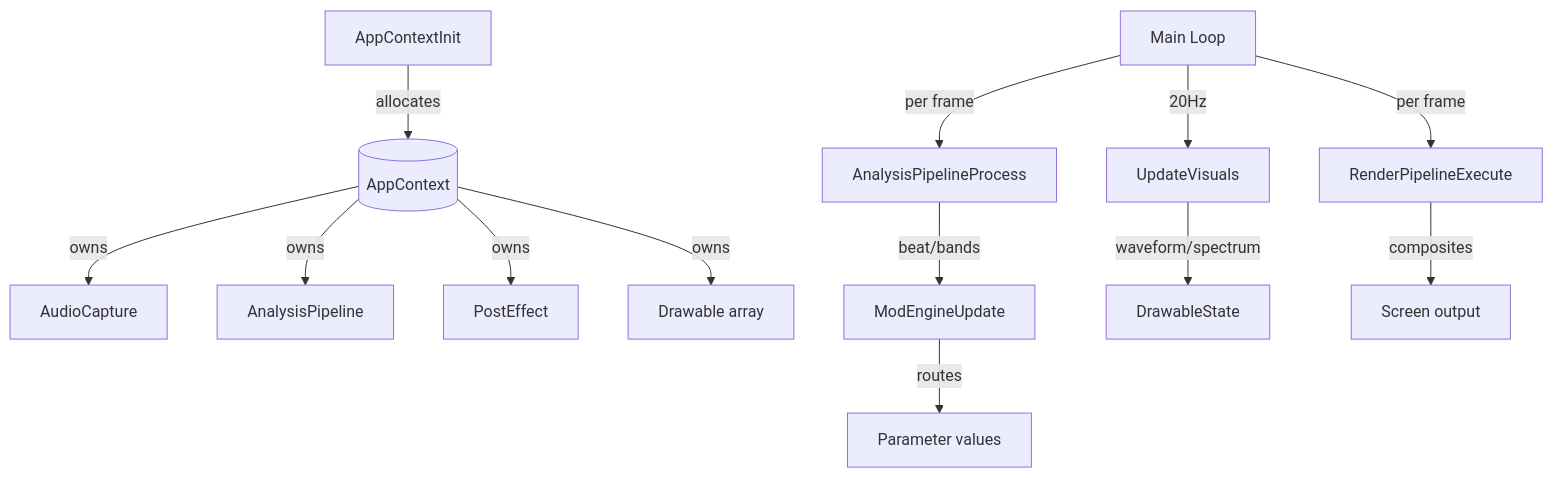
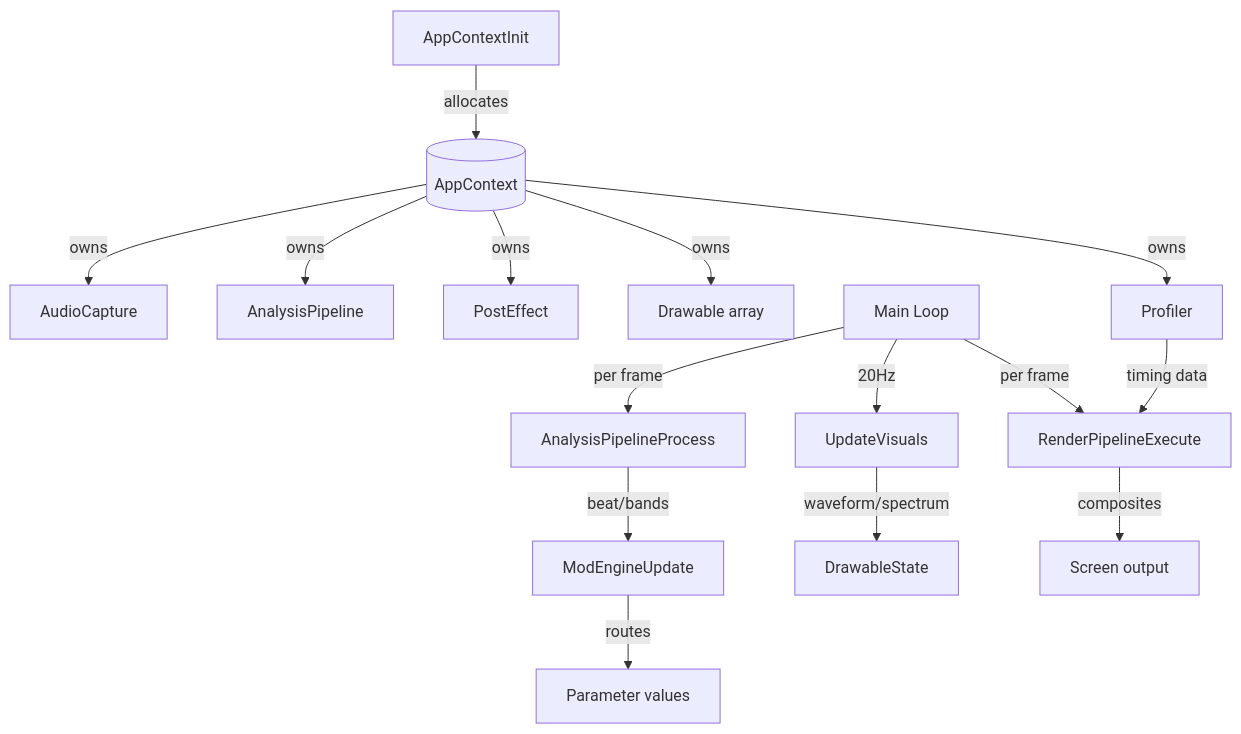
The diagram in docs/modules/main.md (EvanLavender13/audio-jones), drawn with Mermaid before and after one commit. The commit also changed other lines of this file and 6 other files, not shown here.

First line of the commit message:
Sync architecture documentation with code changes

````diff
--- a/docs/modules/main.md
+++ b/docs/modules/main.md
@@ -11,18 +11,20 @@
 ```mermaid
 graph TD
     Init[AppContextInit] -->|allocates| Ctx[(AppContext)]
     Ctx -->|owns| Audio[AudioCapture]
     Ctx -->|owns| Analysis[AnalysisPipeline]
     Ctx -->|owns| Post[PostEffect]
     Ctx -->|owns| Drawables[Drawable array]
+    Ctx -->|owns| Prof[Profiler]
 
     Loop[Main Loop] -->|per frame| AudioProc[AnalysisPipelineProcess]
     AudioProc -->|beat/bands| ModUpdate[ModEngineUpdate]
     ModUpdate -->|routes| Params[Parameter values]
 
     Loop -->|20Hz| Visuals[UpdateVisuals]
     Visuals -->|waveform/spectrum| DrawState[DrawableState]
 
     Loop -->|per frame| Render[RenderPipelineExecute]
+    Prof -->|timing data| Render
     Render -->|composites| Output[Screen output]
 ```
````
